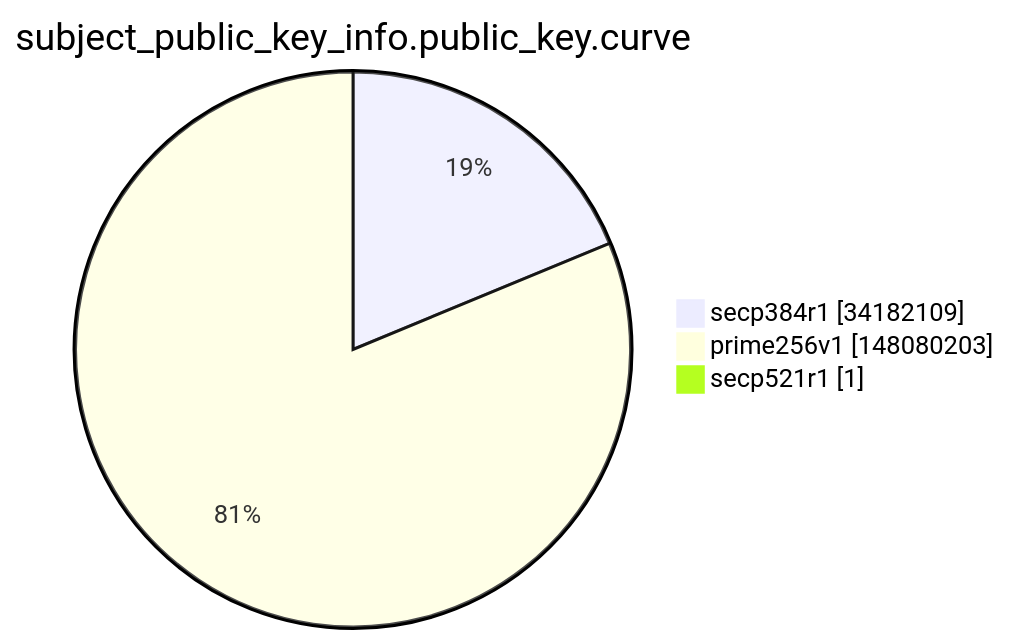
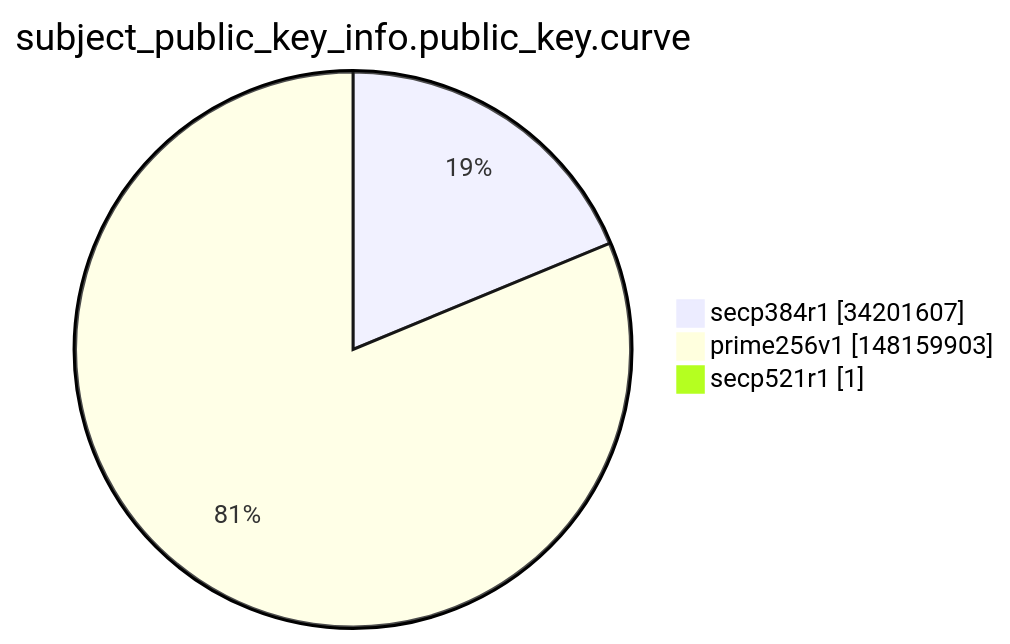
One commit to christiankrug/ctmonitor_visualization changed the ninth of 15 diagrams in argon2022/README.md. Above: the diagram before and after it, drawn with Mermaid. The commit also changed other lines of this file, not shown here.

````diff
--- a/argon2022/README.md
+++ b/argon2022/README.md
@@ -2764,7 +2764,7 @@
 ```mermaid
 pie showData
 title subject_public_key_info.public_key.curve
-"secp384r1" :34182109
-"prime256v1" :148080203
+"secp384r1" :34201607
+"prime256v1" :148159903
 "secp521r1" :1
 ```
````
